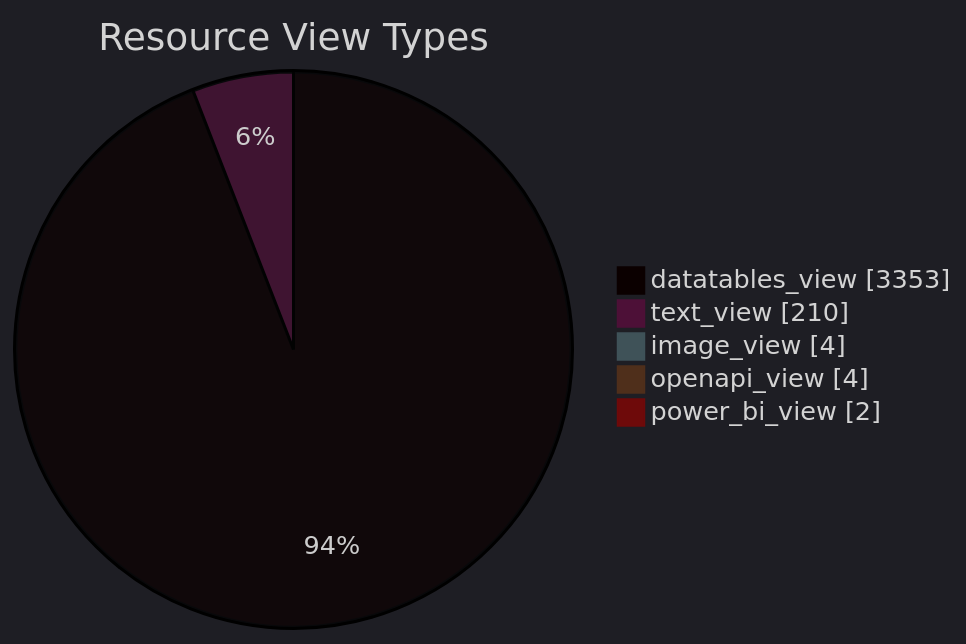
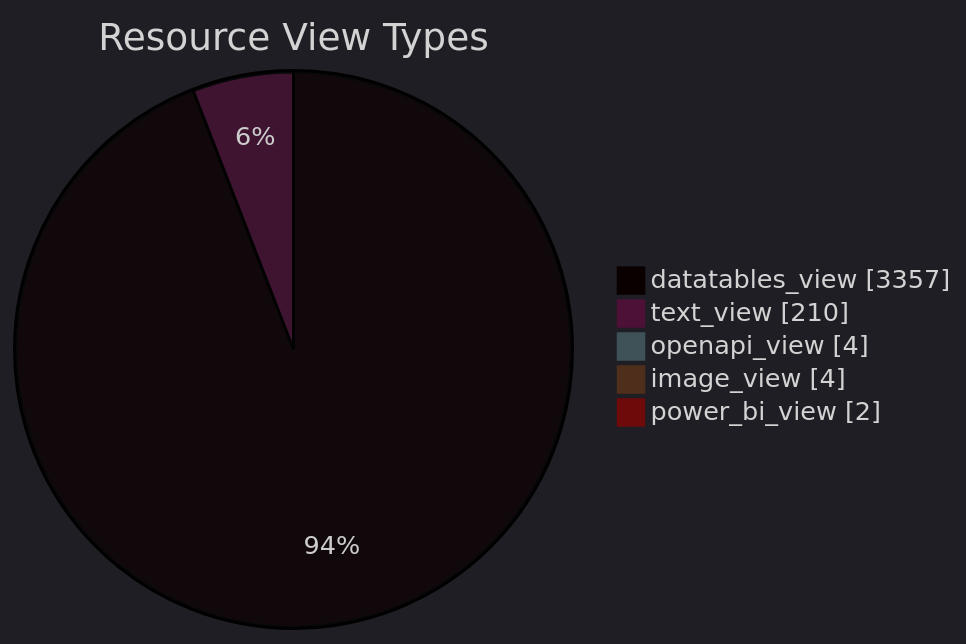
One commit to open-data/analytics-corporate-reporting changed the diagram in datastore_tracker/resource_view_types_pie_chart.md. Above: the diagram before and after it, drawn with Mermaid. The commit also changed 9 other files, not shown here.

````diff
--- a/datastore_tracker/resource_view_types_pie_chart.md
+++ b/datastore_tracker/resource_view_types_pie_chart.md
@@ -2,12 +2,12 @@
 ```mermaid
 ---
 config:
   theme: dark
 ---
 pie showData title Resource View Types
-    "datatables_view": 3353
+    "datatables_view": 3357
     "text_view": 210
+    "openapi_view": 4
     "image_view": 4
-    "openapi_view": 4
     "power_bi_view": 2
 ```
````
